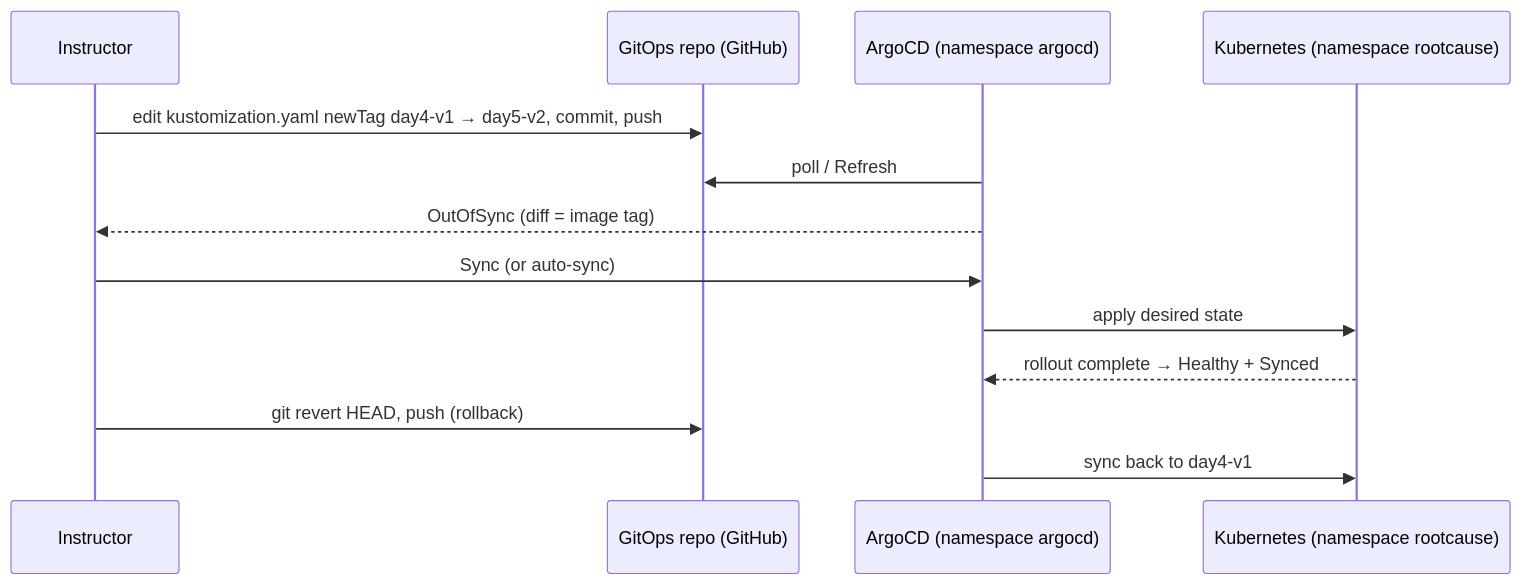
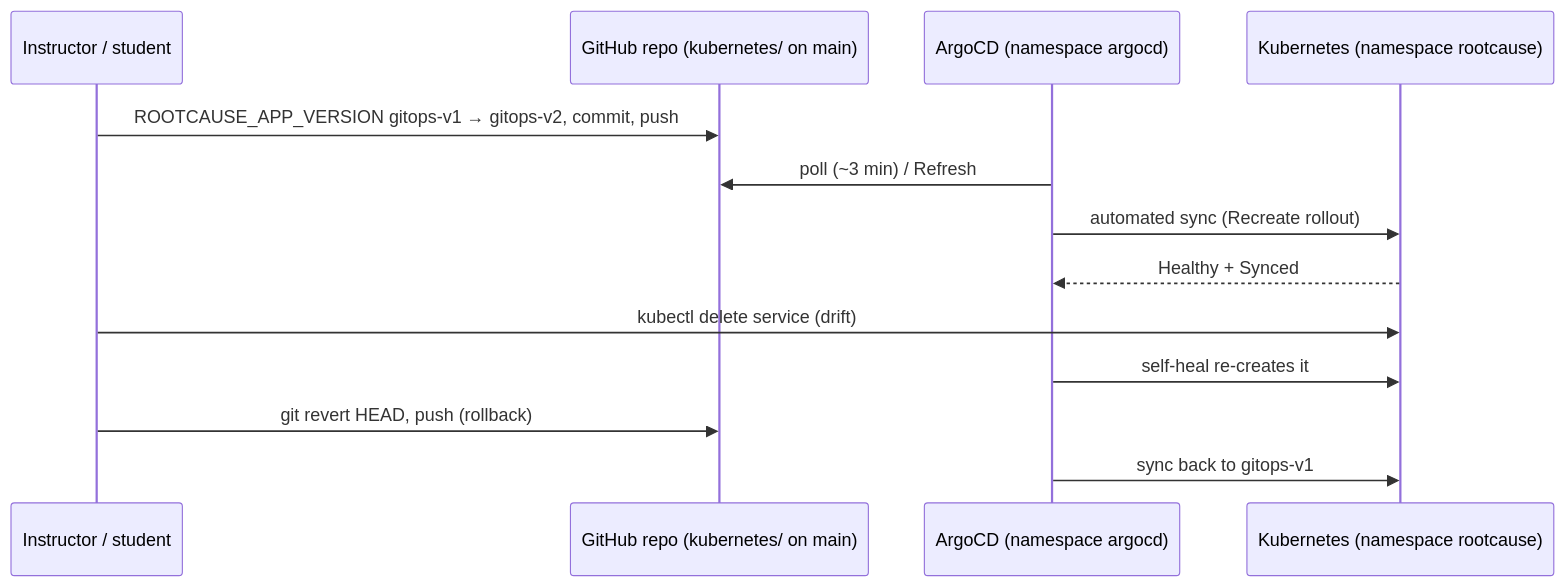
The seventh of 7 diagrams in ARCHITECTURE.md (appars/rootcause-copilot), drawn with Mermaid before and after one commit. The commit also changed other lines of this file and 32 other files, not shown here.

First line of the commit message:
Day 5 deployment-ready: single-repo GitOps, latest image convention, CI, platform guides

````diff
--- a/ARCHITECTURE.md
+++ b/ARCHITECTURE.md
@@ -183,15 +183,15 @@
 ```mermaid
 sequenceDiagram
-    participant Dev as Instructor
-    participant Git as GitOps repo (GitHub)
+    participant Dev as Instructor / student
+    participant Git as GitHub repo (kubernetes/ on main)
     participant Argo as ArgoCD (namespace argocd)
     participant K8s as Kubernetes (namespace rootcause)
-    Dev->>Git: edit kustomization.yaml newTag day4-v1 → day5-v2, commit, push
-    Argo->>Git: poll / Refresh
-    Argo-->>Dev: OutOfSync (diff = image tag)
-    Dev->>Argo: Sync (or auto-sync)
-    Argo->>K8s: apply desired state
-    K8s-->>Argo: rollout complete → Healthy + Synced
+    Dev->>Git: ROOTCAUSE_APP_VERSION gitops-v1 → gitops-v2, commit, push
+    Argo->>Git: poll (~3 min) / Refresh
+    Argo->>K8s: automated sync (Recreate rollout)
+    K8s-->>Argo: Healthy + Synced
+    Dev->>K8s: kubectl delete service (drift)
+    Argo->>K8s: self-heal re-creates it
     Dev->>Git: git revert HEAD, push (rollback)
-    Argo->>K8s: sync back to day4-v1
+    Argo->>K8s: sync back to gitops-v1
 ```
````
